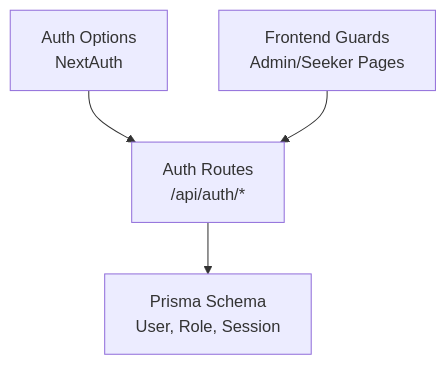
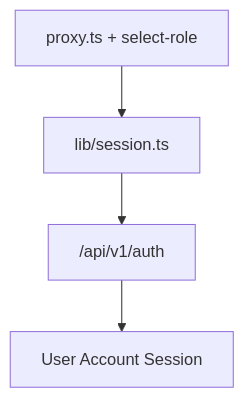
The seventh of 8 diagrams in src/data/docs/talentsync/Feature Implementation/Feature Implementation.md (tashifkhan/tashif.codes), drawn with Mermaid before and after one commit. The commit also changed other lines of this file and 2128 other files, not shown here.

First line of the commit message:
docs: replace raster diagram images with native Mermaid across project guides

````diff
--- a/src/data/docs/talentsync/Feature Implementation/Feature Implementation.md
+++ b/src/data/docs/talentsync/Feature Implementation/Feature Implementation.md
@@ -243,10 +241,10 @@
 ```mermaid
 graph TB
-FE_Auth["Auth Options<br/>NextAuth"]
-FE_Routes["Auth Routes<br/>/api/auth/*"]
-DB["Prisma Schema<br/>User, Role, Session"]
-FE_Guards["Frontend Guards<br/>Admin/Seeker Pages"]
+FE_Auth["lib/session.ts"]
+FE_Routes["/api/v1/auth"]
+DB["User Account Session"]
+FE_Guards["proxy.ts + select-role"]
 FE_Auth --> FE_Routes
 FE_Routes --> DB
-FE_Guards --> FE_Routes
+FE_Guards --> FE_Auth
 ```
````
